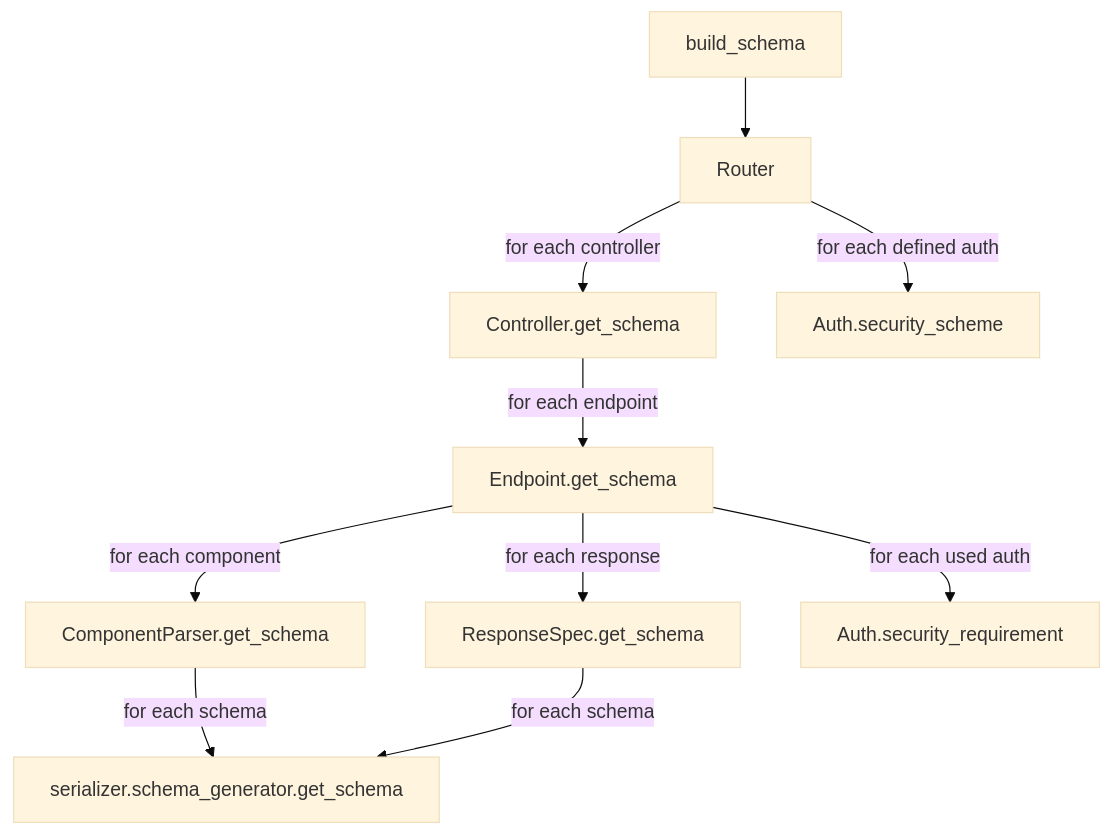
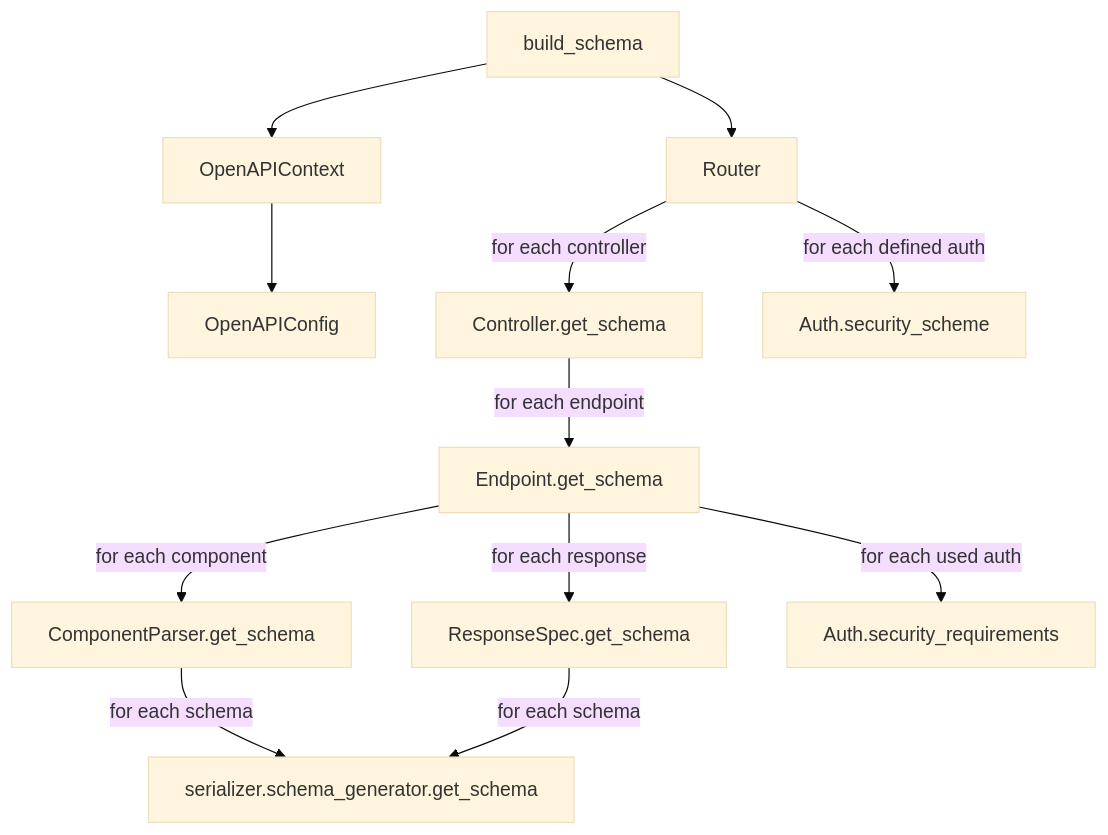
One commit to wemake-services/django-modern-rest changed the diagram in docs/pages/openapi/openapi.rst. Above: the diagram before and after it, drawn with Mermaid (base theme). The commit also changed other lines of this file and 8 other files, not shown here.

First line of the commit message:
Remove custom schema override API (#1558)

```diff
--- a/docs/pages/openapi/openapi.rst
+++ b/docs/pages/openapi/openapi.rst
@@ -528,14 +551,16 @@
 .. mermaid::
   :caption: OpenAPI spec generation
   :config: {"theme": "forest"}
 
   graph
+      Start[build_schema] --> OpenAPIContext[OpenAPIContext];
       Start[build_schema] --> Router[Router];
+      OpenAPIContext --> OpenAPIConfig[OpenAPIConfig];
       Router -->|for each controller| Controller[Controller.get_schema];
       Router -->|for each defined auth| SecurityScheme[Auth.security_scheme];
       Controller -->|for each endpoint| Endpoint[Endpoint.get_schema];
       Endpoint -->|for each component| ComponentParser[ComponentParser.get_schema]
       Endpoint -->|for each response| ResponseSpec[ResponseSpec.get_schema];
-      Endpoint -->|for each used auth| SecurityRequirement[Auth.security_requirement];
+      Endpoint -->|for each used auth| SecurityRequirements[Auth.security_requirements];
       ComponentParser -->|for each schema| Schema[serializer.schema_generator.get_schema];
       ResponseSpec -->|for each schema| Schema[serializer.schema_generator.get_schema];
```
